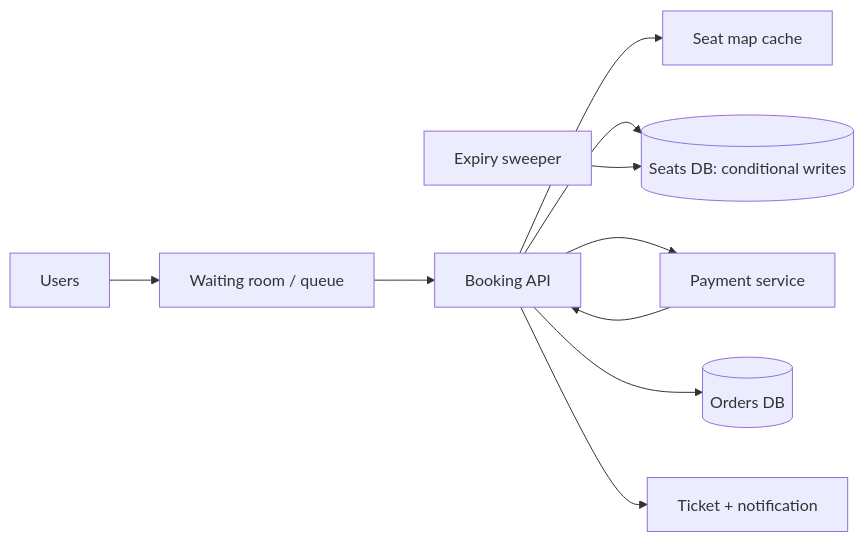
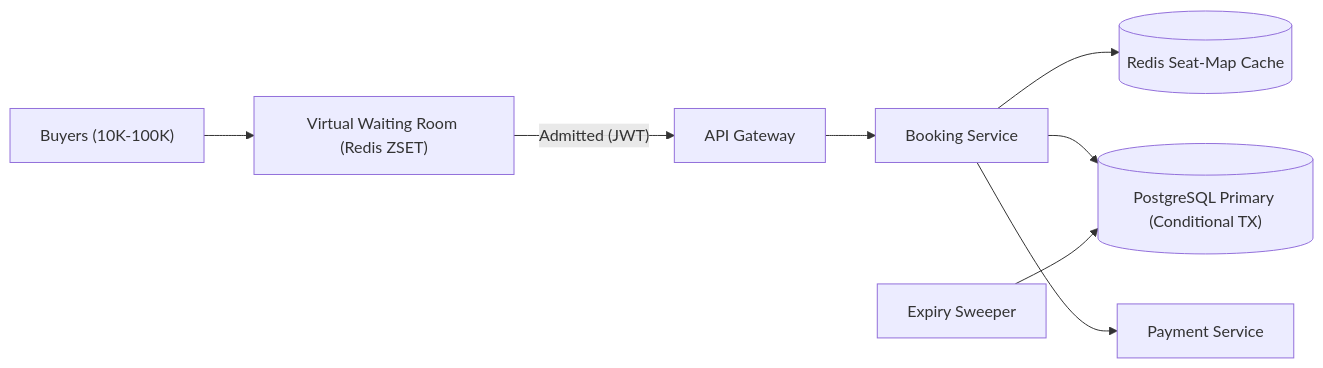
Before and after one commit to TapanKumarBarik/Backend-roadmap: the second of 4 diagrams in content/system-design/22-interview-design-problems/14-ticket-booking-system/README.md, drawn with Mermaid. The commit also changed other lines of this file and 37 other files, not shown here.

Commit message:
Upgrade Track 22 (37 interview design problems) with scale-by-scale architecture evolution

````diff
--- a/content/system-design/22-interview-design-problems/14-ticket-booking-system/README.md
+++ b/content/system-design/22-interview-design-problems/14-ticket-booking-system/README.md
@@ -107,12 +138,10 @@
 ```mermaid
 flowchart LR
-  U["Users"] --> WR["Waiting room / queue"]
-  WR --> API["Booking API"]
-  API --> SC["Seat map cache"]
-  API --> SDB[("Seats DB: conditional writes")]
-  API --> PAY["Payment service"]
-  PAY --> API
-  API --> ODB[("Orders DB")]
-  EX["Expiry sweeper"] --> SDB
-  API --> T["Ticket + notification"]
+  U["Buyers (10K-100K)"] --> WR["Virtual Waiting Room (Redis ZSET)"]
+  WR -- "Admitted (JWT)" --> GW["API Gateway"]
+  GW --> API["Booking Service"]
+  API --> RC[("Redis Seat-Map Cache")]
+  API --> PG[("PostgreSQL Primary (Conditional TX)")]
+  API --> PAY["Payment Service"]
+  SW["Expiry Sweeper"] --> PG
 ```
````
